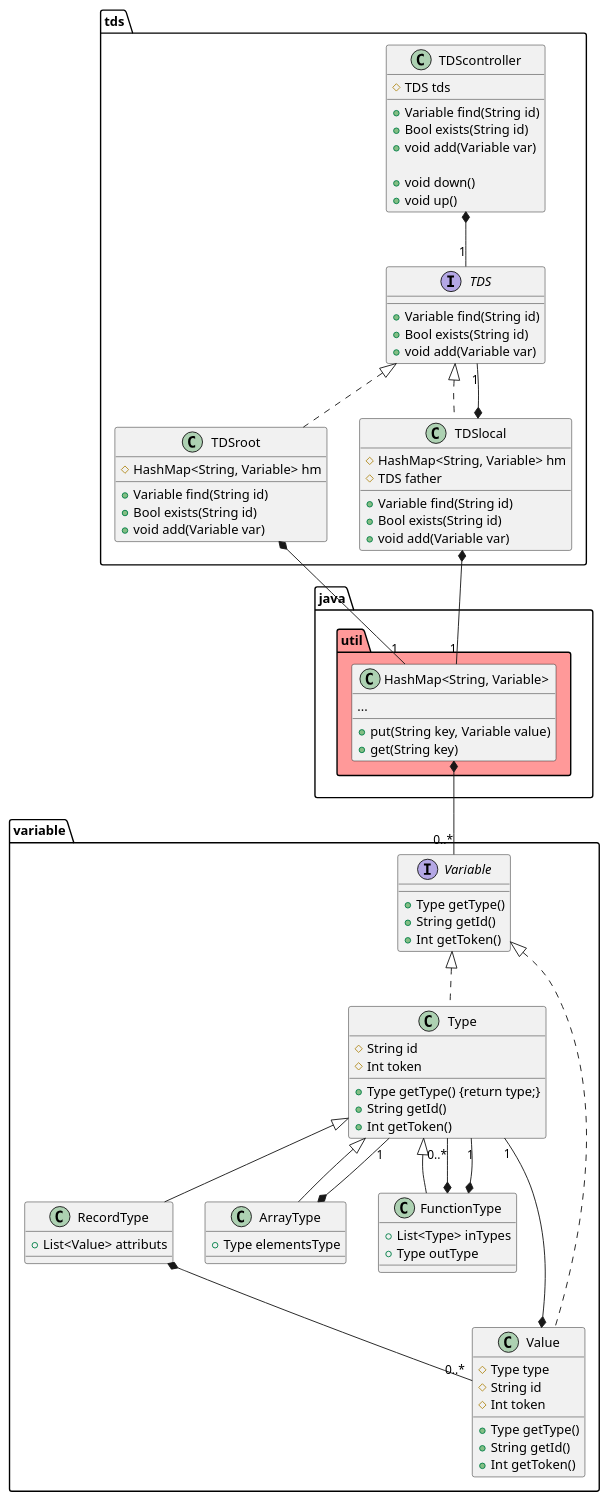
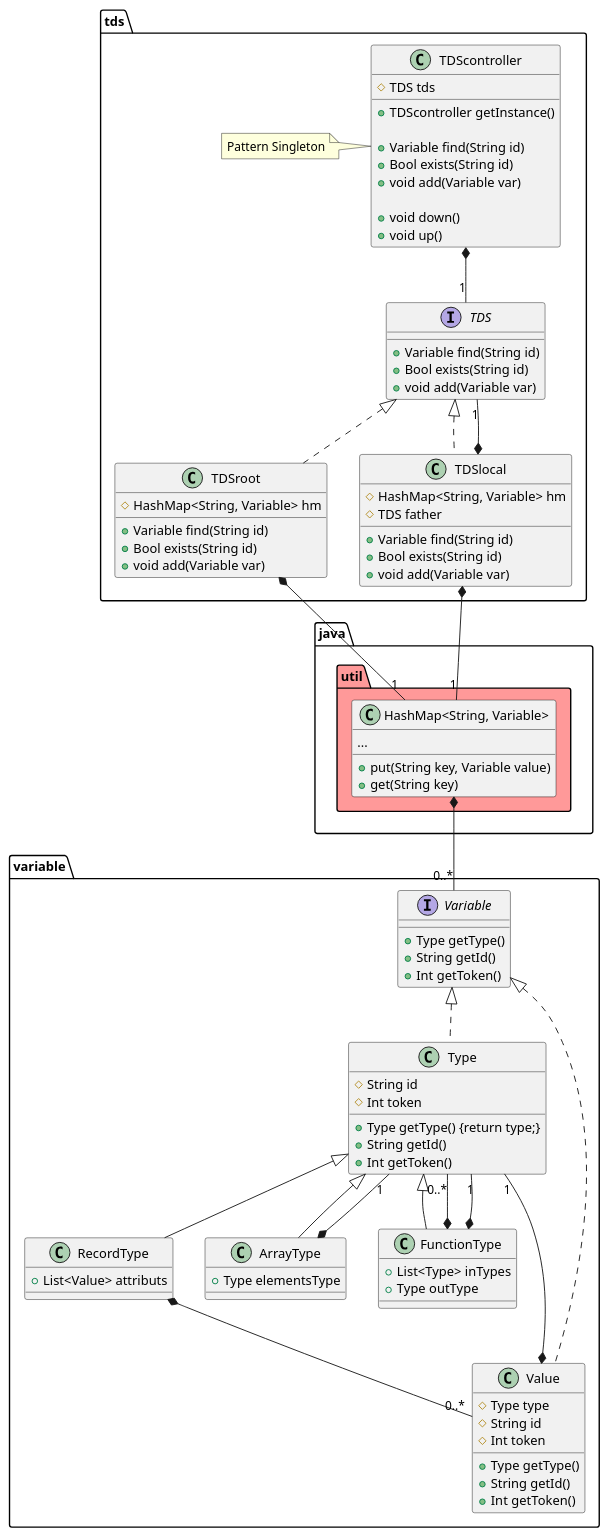
One commit to Tiger-compiler-team-2023/tiger-compiler changed the diagram in AntlrMavenProject/chaoscompiler/src/main/java/eu/tn/chaoscompiler/tdstool/README.figures/TDS.puml. Above: the diagram before and after it, drawn with PlantUML. The commit also changed 1 other file, not shown here.

Commit message:
[EDIT][TDS] Pattern Singleton pour la TDSController

```diff
--- a/AntlrMavenProject/chaoscompiler/src/main/java/eu/tn/chaoscompiler/tdstool/README.figures/TDS.puml
+++ b/AntlrMavenProject/chaoscompiler/src/main/java/eu/tn/chaoscompiler/tdstool/README.figures/TDS.puml
@@ -1,96 +1,100 @@
 @startuml
 
 package tds {
 
+  class TDScontroller
+  note left: Pattern Singleton
   class TDScontroller {
     #TDS tds
+    +TDScontroller getInstance()
+
     +Variable find(String id)
     +Bool exists(String id)
     +void add(Variable var)
 
     +void down()
     +void up()
   }
 
   interface TDS {
     +Variable find(String id)
     +Bool exists(String id)
     +void add(Variable var)
   }
 
   class TDSroot implements TDS {
     #HashMap<String, Variable> hm
     +Variable find(String id)
     +Bool exists(String id)
     +void add(Variable var)
   }
 
   class TDSlocal implements TDS {
     #HashMap<String, Variable> hm
     #TDS father
     +Variable find(String id)
     +Bool exists(String id)
     +void add(Variable var)
   }
 }
 
 package variable {
 
   Interface Variable {
     +Type getType()
     +String getId()
     +Int getToken()
   }
 
   class Type implements Variable {
     #String id
     #Int token
 
     +Type getType() {return type;}
     +String getId()
     +Int getToken()
   }
 
   class RecordType extends Type {
     +List<Value> attributs
   }
 
   class ArrayType extends Type {
     +Type elementsType
   }
 
   class FunctionType extends Type {
     +List<Type> inTypes
     +Type outType
   }
 
   class Value implements Variable {
     #Type type
     #String id
     #Int token
 
     +Type getType()
     +String getId()
     +Int getToken()
   }
 }
 
 package java.util #ff9999 {
   class "HashMap<String, Variable>" {
     ...
     +put(String key, Variable value)
     +get(String key)
   }
 }
 
 TDScontroller *--"1" TDS
 TDSlocal *--"1" TDS
 TDSlocal *--"1" "HashMap<String, Variable>"
 TDSroot *--"1" "HashMap<String, Variable>"
 "HashMap<String, Variable>" *--"0..*" Variable
 Value *--"1" Type
 RecordType *--"0..*" Value
 ArrayType *--"1" Type
 FunctionType *--"0..*" Type
 FunctionType *--"1" Type
 @enduml
```
